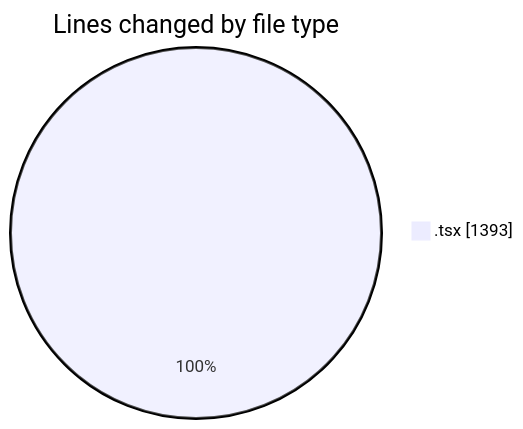
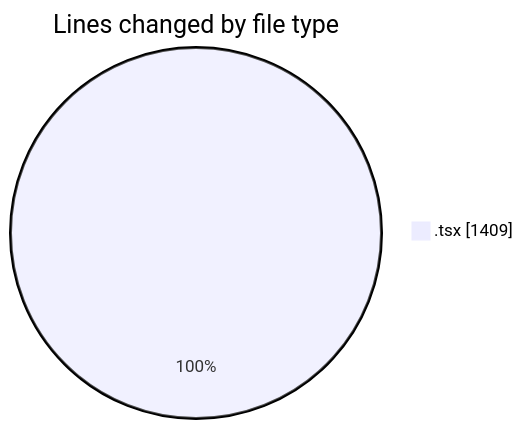
Before and after one commit to momahboobian/code-tracking: the first of 2 diagrams in 2025-03-20/cda/README.md, drawn with Mermaid. The commit also changed other lines of this file and 1 other file, not shown here.

````diff
--- a/2025-03-20/cda/README.md
+++ b/2025-03-20/cda/README.md
@@ -22,5 +22,5 @@
 ```mermaid
 pie showData
 title Lines changed by file type
-".tsx" : 1393
+".tsx" : 1409
 ```
````
